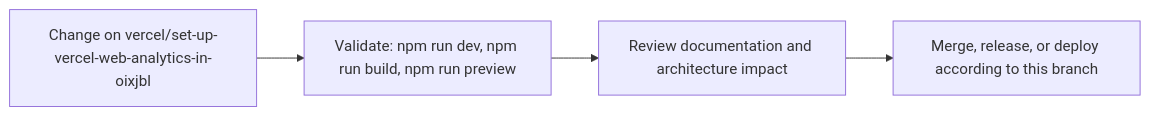
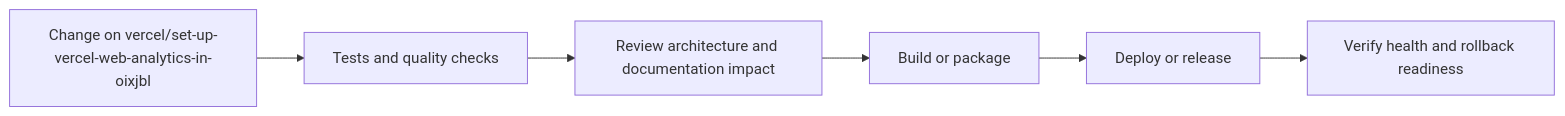
Before and after one commit to Nischhalsubba/Napiyo: the fourth of 5 diagrams in README.md, drawn with Mermaid. The commit also changed other lines of this file, not shown here.

````diff
--- a/README.md
+++ b/README.md
@@ -64,8 +143,8 @@
 ```mermaid
 flowchart LR
-    CHANGE["Change on vercel/set-up-vercel-web-analytics-in-oixjbl"]
-    CHECK["Validate: npm run dev, npm run build, npm run preview"]
-    REVIEW["Review documentation and architecture impact"]
-    RELEASE["Merge, release, or deploy according to this branch"]
-    CHANGE --> CHECK --> REVIEW --> RELEASE
+    CHANGE["Change on vercel/set-up-vercel-web-analytics-in-oixjbl"] --> CHECK["Tests and quality checks"]
+    CHECK --> REVIEW["Review architecture and documentation impact"]
+    REVIEW --> BUILD["Build or package"]
+    BUILD --> DEPLOY["Deploy or release"]
+    DEPLOY --> VERIFY["Verify health and rollback readiness"]
 ```
````
